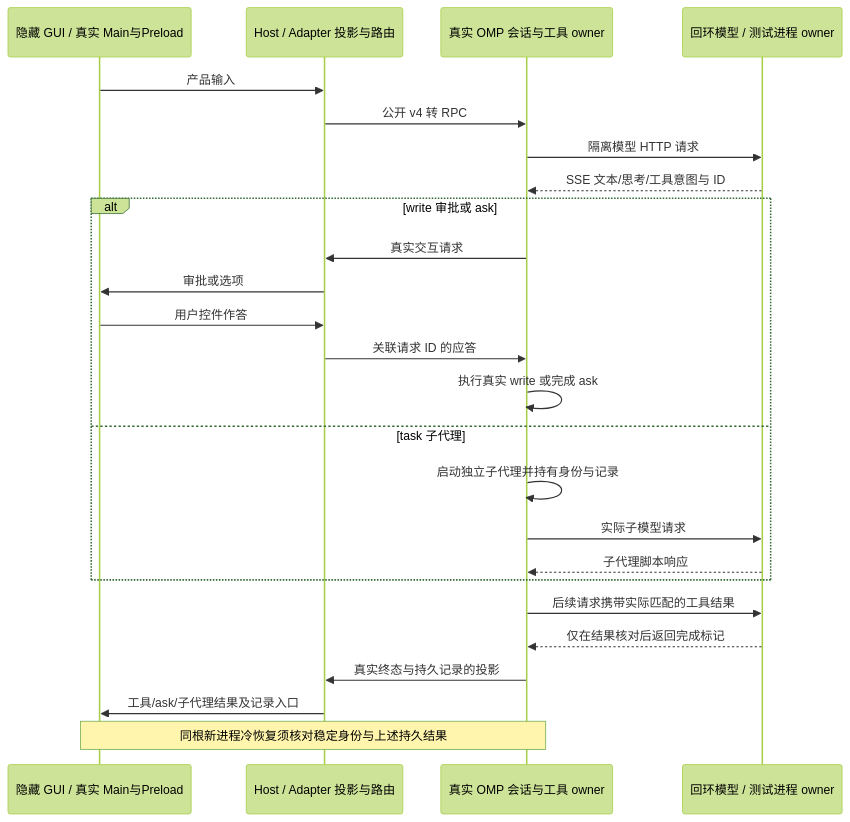
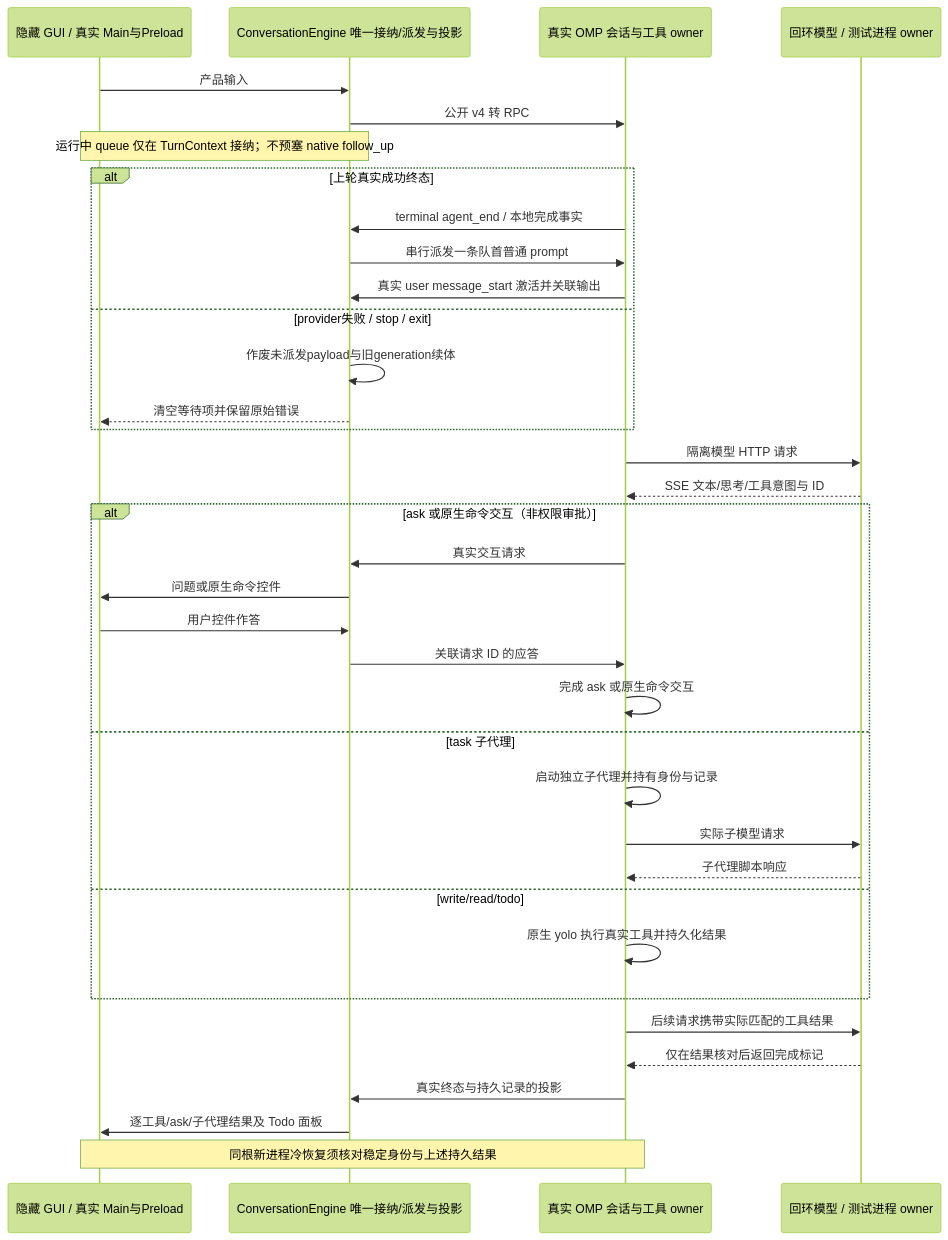
One commit to jchanghong023/OmpCode changed the fourth of 4 diagrams in docs/requirements/test-gates.md. Above: the diagram before and after it, drawn with Mermaid (forest theme). The commit also changed other lines of this file and 246 other files, not shown here.

Commit message:
fix(omp): stabilize desktop integration and real-core GUI gates

````diff
--- a/docs/requirements/test-gates.md
+++ b/docs/requirements/test-gates.md
@@ -84,27 +143,38 @@
 ```mermaid
 sequenceDiagram
   participant GUI as 隐藏 GUI / 真实 Main与Preload
-  participant Host as Host / Adapter 投影与路由
+  participant Host as ConversationEngine 唯一接纳/派发与投影
   participant OMP as 真实 OMP 会话与工具 owner
   participant Mock as 回环模型 / 测试进程 owner
   GUI->>Host: 产品输入
   Host->>OMP: 公开 v4 转 RPC
+  Note over GUI,Host: 运行中 queue 仅在 TurnContext 接纳；不预塞 native follow_up
+  alt 上轮真实成功终态
+    OMP->>Host: terminal agent_end / 本地完成事实
+    Host->>OMP: 串行派发一条队首普通 prompt
+    OMP->>Host: 真实 user message_start 激活并关联输出
+  else provider失败 / stop / exit
+    Host->>Host: 作废未派发payload与旧generation续体
+    Host-->>GUI: 清空等待项并保留原始错误
+  end
   OMP->>Mock: 隔离模型 HTTP 请求
   Mock-->>OMP: SSE 文本/思考/工具意图与 ID
-  alt write 审批或 ask
+  alt ask 或原生命令交互（非权限审批）
     OMP->>Host: 真实交互请求
-    Host->>GUI: 审批或选项
+    Host->>GUI: 问题或原生命令控件
     GUI->>Host: 用户控件作答
     Host->>OMP: 关联请求 ID 的应答
-    OMP->>OMP: 执行真实 write 或完成 ask
+    OMP->>OMP: 完成 ask 或原生命令交互
   else task 子代理
     OMP->>OMP: 启动独立子代理并持有身份与记录
     OMP->>Mock: 实际子模型请求
     Mock-->>OMP: 子代理脚本响应
+  else write/read/todo
+    OMP->>OMP: 原生 yolo 执行真实工具并持久化结果
   end
   OMP->>Mock: 后续请求携带实际匹配的工具结果
   Mock-->>OMP: 仅在结果核对后返回完成标记
   OMP->>Host: 真实终态与持久记录的投影
-  Host->>GUI: 工具/ask/子代理结果及记录入口
+  Host->>GUI: 逐工具/ask/子代理结果及 Todo 面板
   Note over GUI,OMP: 同根新进程冷恢复须核对稳定身份与上述持久结果
 ```
````
